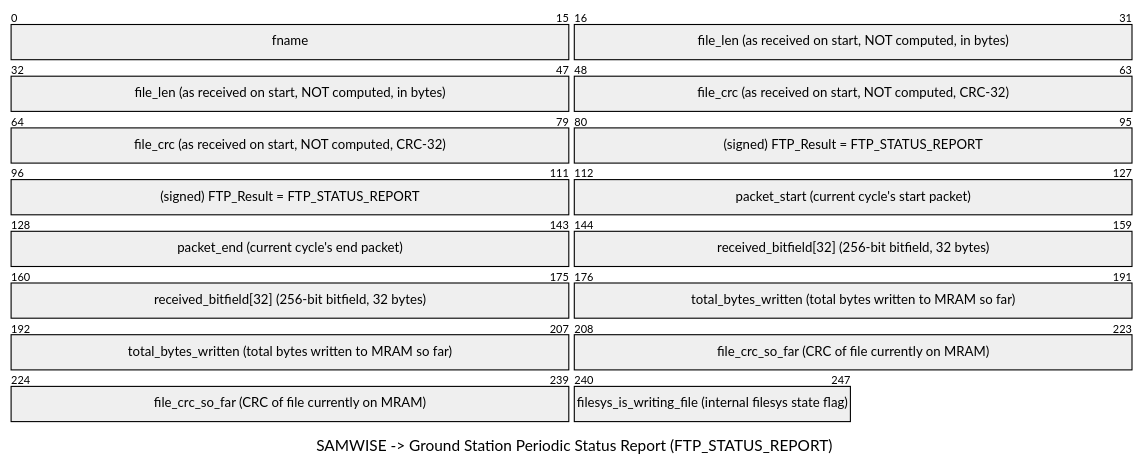
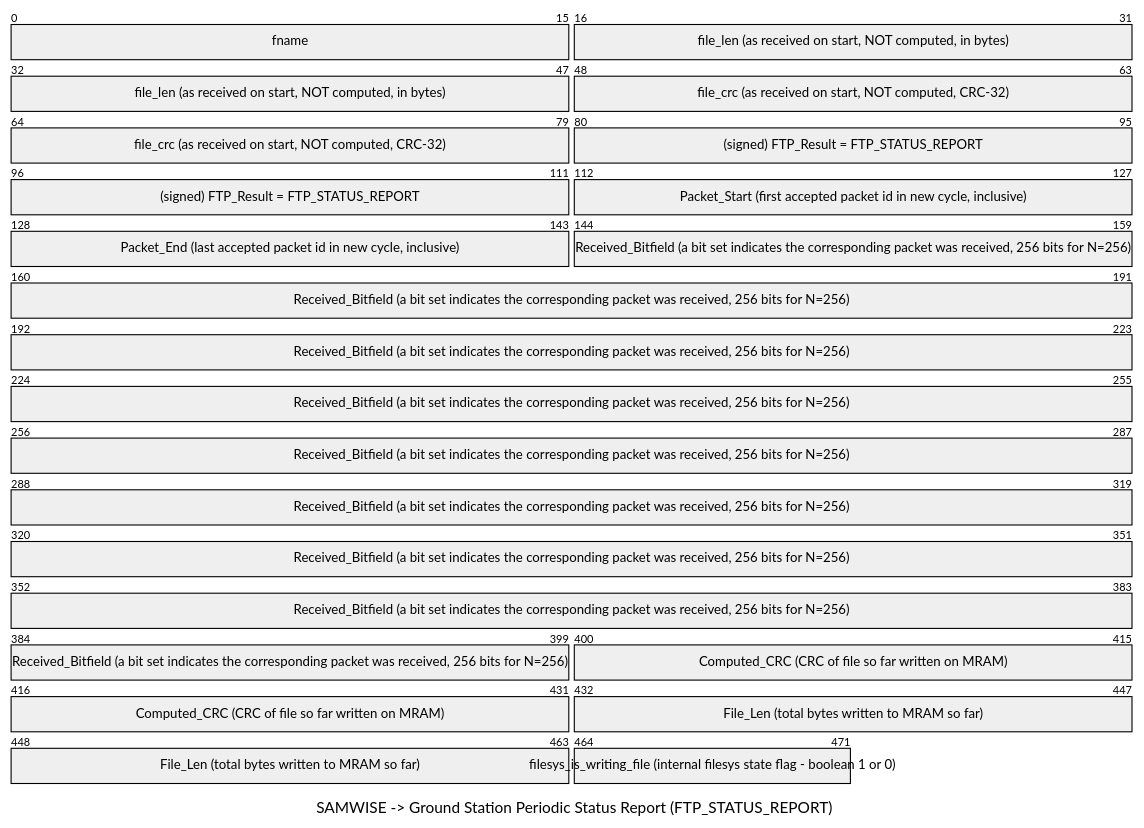
One commit to stanford-ssi/samwise-flight-software changed the eighth of 11 diagrams in src/tasks/ftp/README.md. Above: the diagram before and after it, drawn with Mermaid. The commit also changed other lines of this file, not shown here.

Commit message:
clarifications about time period for FTP_STATUS_REPORT, standardization of diagrams, small fixes/updates

````diff
--- a/src/tasks/ftp/README.md
+++ b/src/tasks/ftp/README.md
@@ -405,16 +397,16 @@
 ```mermaid
 ---
 title: SAMWISE -> Ground Station Periodic Status Report (FTP_STATUS_REPORT)
 ---
 packet
 +16: "fname"
 +32: "file_len (as received on start, NOT computed, in bytes)"
 +32: "file_crc (as received on start, NOT computed, CRC-32)"
 +32: "(signed) FTP_Result = FTP_STATUS_REPORT"
-+16: "packet_start (current cycle's start packet)"
-+16: "packet_end (current cycle's end packet)"
-+32: "received_bitfield[32] (256-bit bitfield, 32 bytes)"
-+32: "total_bytes_written (total bytes written to MRAM so far)"
-+32: "file_crc_so_far (CRC of file currently on MRAM)"
-+8: "filesys_is_writing_file (internal filesys state flag)"
++16: "Packet_Start (first accepted packet id in new cycle, inclusive)"
++16: "Packet_End (last accepted packet id in new cycle, inclusive)"
++256: "Received_Bitfield (a bit set indicates the corresponding packet was received, 256 bits for N=256)"
++32: "Computed_CRC (CRC of file so far written on MRAM)"
++32: "File_Len (total bytes written to MRAM so far)"
++8: "filesys_is_writing_file (internal filesys state flag - boolean 1 or 0)"
 ```
````
